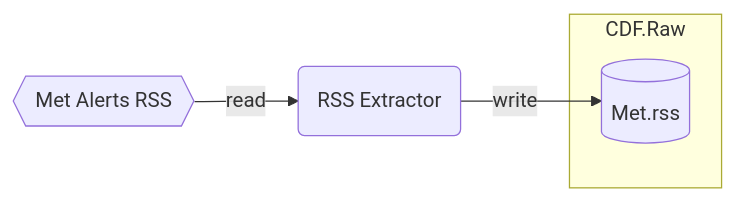
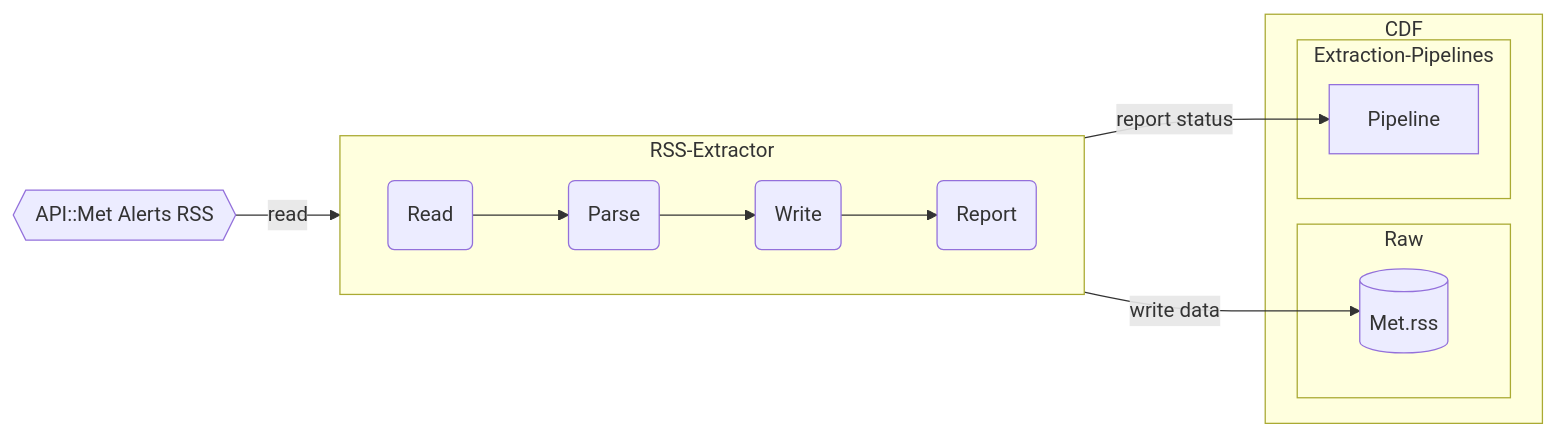
The diagram in 21-met-alerts-rss-extractor/README.md (cognitedata/cdf-sdk-java-examples), drawn with Mermaid before and after one commit. The commit also changed other lines of this file and 1 other file, not shown here.

Commit message:
Update readmes with diagrams and text

````diff
--- a/21-met-alerts-rss-extractor/README.md
+++ b/21-met-alerts-rss-extractor/README.md
@@ -17,8 +17,24 @@
 ```mermaid
 flowchart LR
-     A{{Met Alerts RSS}} -->|read| B(RSS Extractor)
-    subgraph CDF.Raw
-        C[(Met.rss)]
+    subgraph rss [RSS-Extractor]
+        direction LR
+        1A(Read)
+        1B(Parse)
+        1C(Write)
+        1D(Report)
+        1A --> 1B --> 1C
+        1C --> 1D
     end
-    B -->|write| C
+     A{{API::Met Alerts RSS}} -->|read| rss
+    subgraph cdf [CDF]
+        subgraph Raw
+            21A[(Met.rss)]
+        end
+        subgraph ep [Extraction-Pipelines]
+            22A[Pipeline]
+        end
+    end
+    
+    1C -->|write data| 21A
+    1D -->|report status| 22A
 ```
````
